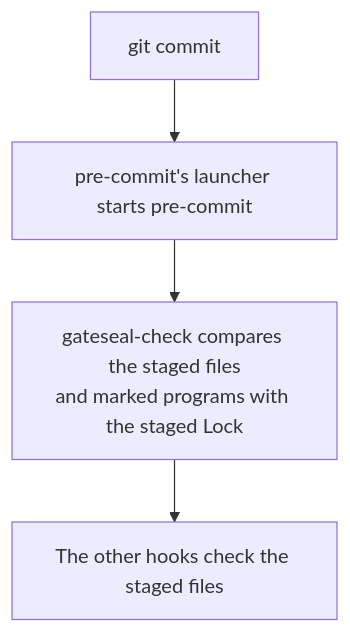
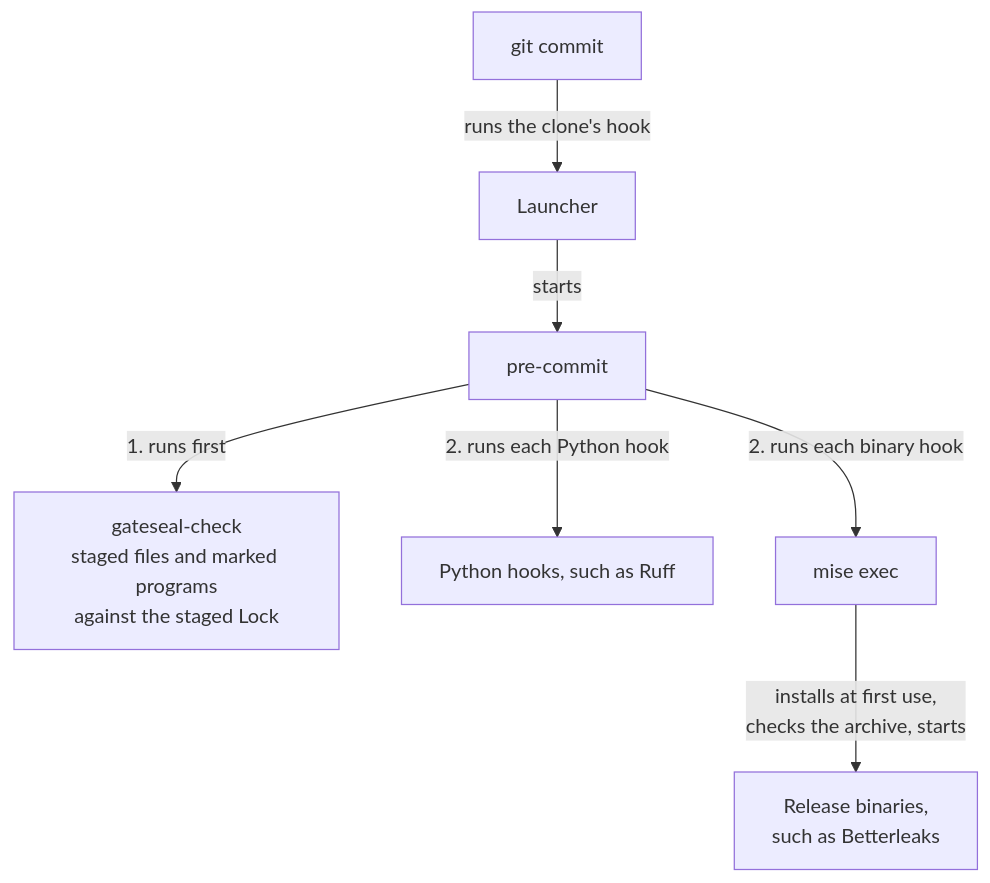
Before and after one commit to karstenevers/gateseal: the diagram in docs/how-a-commit-runs.md, drawn with Mermaid. The commit also changed other lines of this file and 11 other files, not shown here.

First line of the commit message:
Rewrite the quick start and guides around gateseal setup and pre-commit (#27)

````diff
--- a/docs/how-a-commit-runs.md
+++ b/docs/how-a-commit-runs.md
@@ -8,8 +8,11 @@
 ```mermaid
 flowchart TD
     accTitle: How gateseal checks a commit
-    accDescr: Git starts pre-commit. gateseal's hook compares the staged files and the installed programs of marked tools with the staged Lock. Then the other hooks check the staged files.
-    git["git commit"] --> launcher["pre-commit's launcher starts pre-commit"]
-    launcher --> check["gateseal-check compares the staged files<br/>and marked programs with the staged Lock"]
-    check --> checks["The other hooks check the staged files"]
+    accDescr: git commit runs the clone's launcher, which starts pre-commit. pre-commit runs gateseal-check first, which compares the staged files and the programs of marked tools with the staged Lock. Then it runs each tool's hook. A Python hook runs in the environment that pre-commit built. A release binary starts through mise, which installs it at first use and checks its archive.
+    git["git commit"] -- "runs the clone's hook" --> launcher["Launcher"]
+    launcher -- "starts" --> precommit["pre-commit"]
+    precommit -- "1. runs first" --> check["gateseal-check<br/>staged files and marked programs<br/>against the staged Lock"]
+    precommit -- "2. runs each Python hook" --> python["Python hooks, such as Ruff"]
+    precommit -- "2. runs each binary hook" --> mise["mise exec"]
+    mise -- "installs at first use,<br/>checks the archive, starts" --> binary["Release binaries,<br/>such as Betterleaks"]
 ```
````
